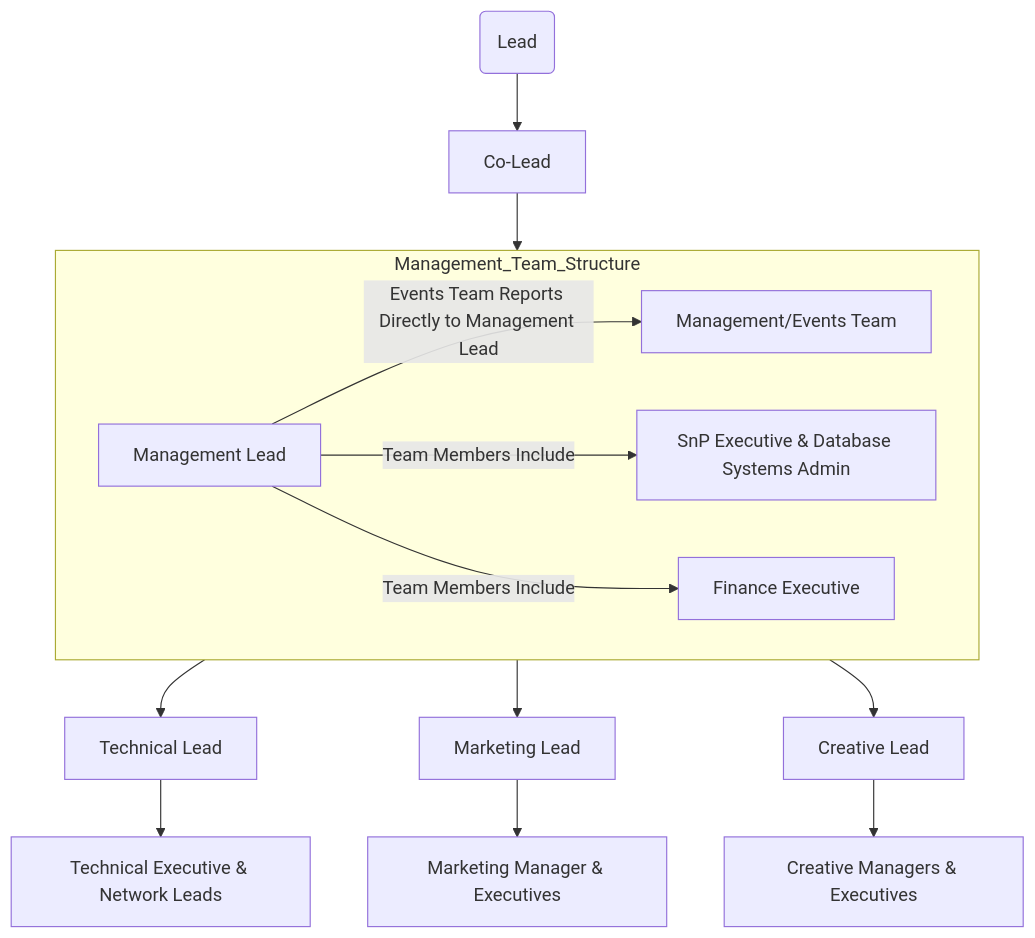
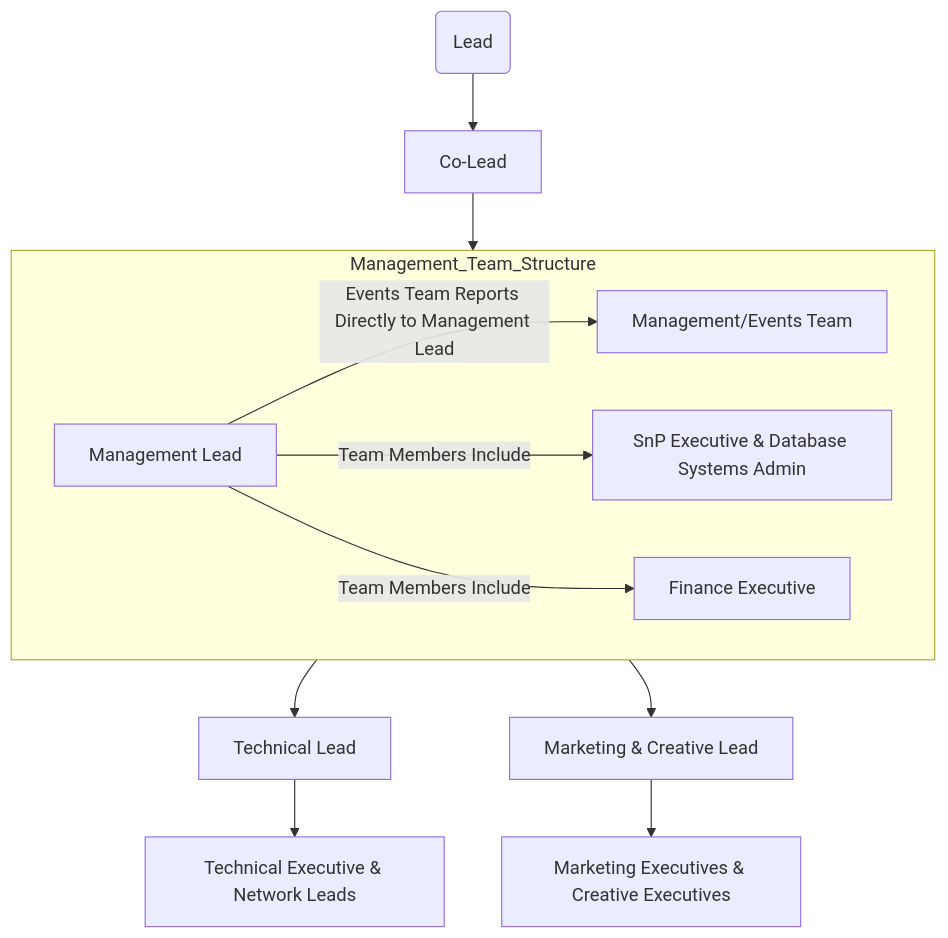
Before and after one commit to gdscbpdc/GDSC-SnP: the diagram in docs/council_structure.md, drawn with Mermaid.

````diff
--- a/docs/council_structure.md
+++ b/docs/council_structure.md
@@ -1,19 +1,16 @@
 ```mermaid
 flowchart TD
     A("Lead") --> B["Co-Lead"]
     B --> C["Management Lead"]
     C-->D["Technical Lead"]
-    C-->E["Marketing Lead"]
-    C-->F["Creative Lead"]
-    
+    C-->E["Marketing & Creative Lead"]    
 
     D-->T["Technical Executive & Network Leads"] 
-    E-->M["Marketing Manager & Executives"]
-    F-->P["Creative Managers & Executives"]
+    E-->M["Marketing Executives & Creative Executives"]
     subgraph Management_Team_Structure
         direction LR
         C-->|Events Team Reports Directly to Management Lead | I["Management/Events Team"]
         C-->| Team Members Include | EX["SnP Executive & Database Systems Admin"]
         C-->| Team Members Include | FI["Finance Executive"]
     end
 ```
````
